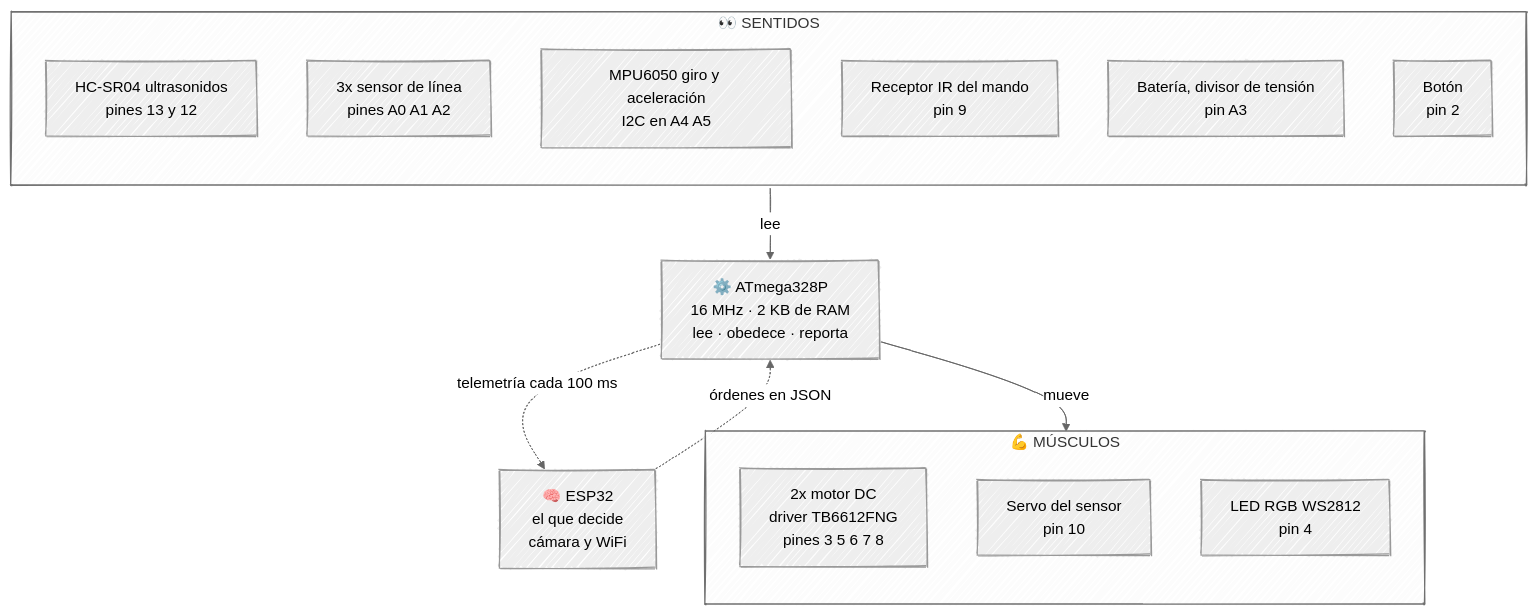
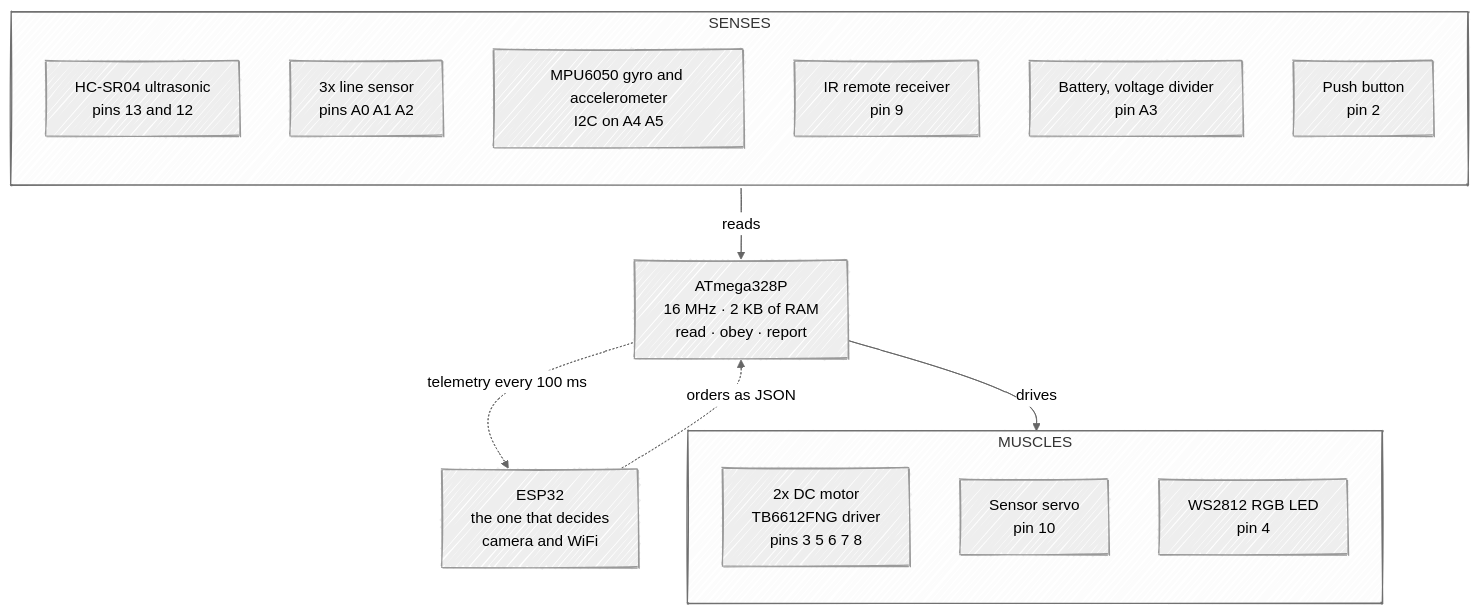
Before and after one commit to Adc-alt/elegoo-smartcar-firmware-atmega328p: the first of 2 diagrams in README.md, drawn with Mermaid. The commit also changed other lines of this file, not shown here.

````diff
--- a/README.md
+++ b/README.md
@@ -64,33 +64,33 @@
 ```mermaid
 ---
 config:
   look: handDrawn
   theme: neutral
 ---
 flowchart TB
-    ESP["🧠 ESP32<br/>el que decide<br/>cámara y WiFi"]
+    ESP["ESP32<br/>the one that decides<br/>camera and WiFi"]
 
-    subgraph SENSORES["👀 SENTIDOS"]
+    subgraph SENSORS["SENSES"]
         direction TB
-        HC["HC-SR04 ultrasonidos<br/>pines 13 y 12"]
-        LINE["3x sensor de línea<br/>pines A0 A1 A2"]
-        MPU["MPU6050 giro y aceleración<br/>I2C en A4 A5"]
-        IR["Receptor IR del mando<br/>pin 9"]
-        BAT["Batería, divisor de tensión<br/>pin A3"]
-        SW["Botón<br/>pin 2"]
+        HC["HC-SR04 ultrasonic<br/>pins 13 and 12"]
+        LINE["3x line sensor<br/>pins A0 A1 A2"]
+        MPU["MPU6050 gyro and accelerometer<br/>I2C on A4 A5"]
+        IR["IR remote receiver<br/>pin 9"]
+        BAT["Battery, voltage divider<br/>pin A3"]
+        SW["Push button<br/>pin 2"]
     end
 
-    ATMEGA["⚙️ ATmega328P<br/>16 MHz · 2 KB de RAM<br/>lee · obedece · reporta"]
+    ATMEGA["ATmega328P<br/>16 MHz · 2 KB of RAM<br/>read · obey · report"]
 
-    subgraph MUSCULOS["💪 MÚSCULOS"]
+    subgraph MUSCLES["MUSCLES"]
         direction TB
-        MOT["2x motor DC<br/>driver TB6612FNG<br/>pines 3 5 6 7 8"]
-        SERVO["Servo del sensor<br/>pin 10"]
-        LED["LED RGB WS2812<br/>pin 4"]
+        MOT["2x DC motor<br/>TB6612FNG driver<br/>pins 3 5 6 7 8"]
+        SERVO["Sensor servo<br/>pin 10"]
+        LED["WS2812 RGB LED<br/>pin 4"]
     end
 
-    ESP -.->|"órdenes en JSON"| ATMEGA
-    ATMEGA -.->|"telemetría cada 100 ms"| ESP
-    SENSORES -->|"lee"| ATMEGA
-    ATMEGA -->|"mueve"| MUSCULOS
+    ESP -.->|"orders as JSON"| ATMEGA
+    ATMEGA -.->|"telemetry every 100 ms"| ESP
+    SENSORS -->|"reads"| ATMEGA
+    ATMEGA -->|"drives"| MUSCLES
 ```
````
